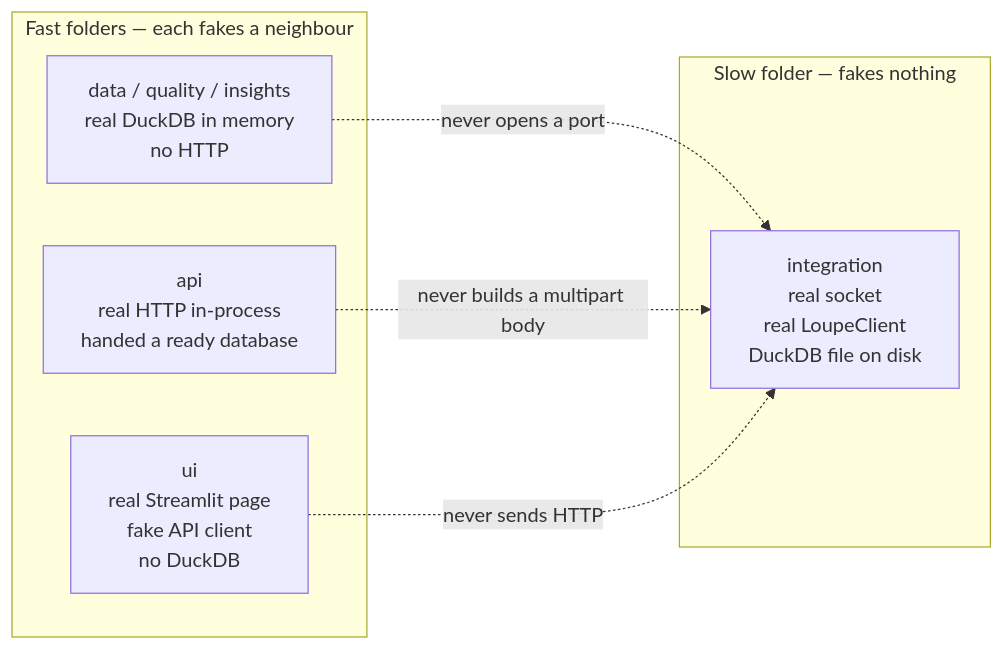
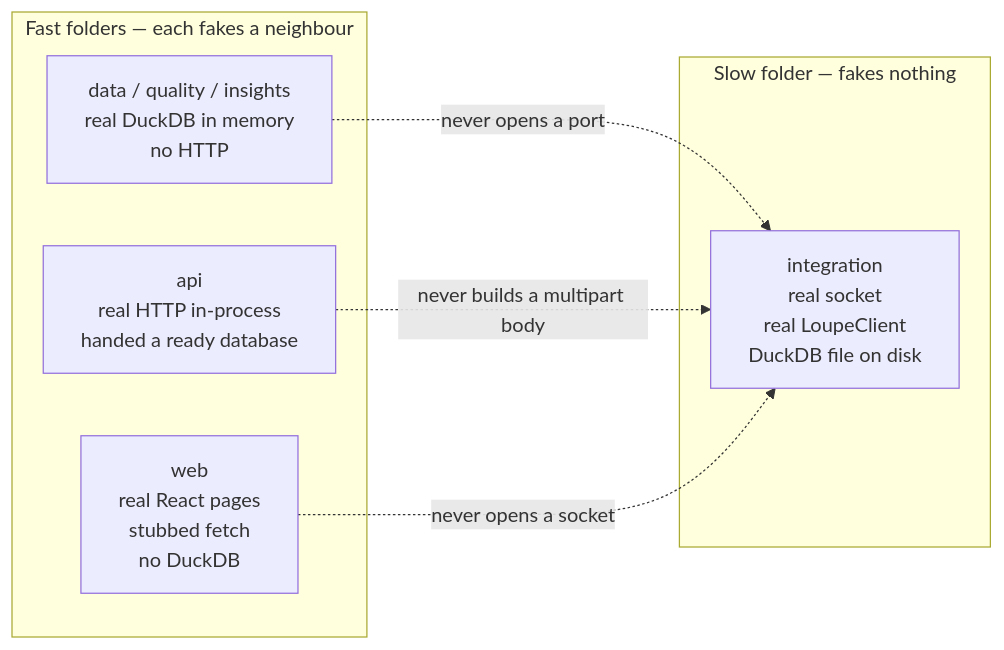
Before and after one commit to shu-y-codes/loupe: the second of 17 diagrams in docs/how-tests-work.md, drawn with Mermaid. The commit also changed other lines of this file and 80 other files, not shown here.

````diff
--- a/docs/how-tests-work.md
+++ b/docs/how-tests-work.md
@@ -101,16 +101,16 @@
 ```mermaid
 flowchart LR
   subgraph fast [Fast folders — each fakes a neighbour]
     DATA["data / quality / insights<br/>real DuckDB in memory<br/>no HTTP"]
     API["api<br/>real HTTP in-process<br/>handed a ready database"]
-    UI["ui<br/>real Streamlit page<br/>fake API client<br/>no DuckDB"]
+    UI["web<br/>real React pages<br/>stubbed fetch<br/>no DuckDB"]
   end
 
   subgraph slow [Slow folder — fakes nothing]
     INT["integration<br/>real socket<br/>real LoupeClient<br/>DuckDB file on disk"]
   end
 
   DATA -. "never opens a port" .-> INT
   API -. "never builds a multipart body" .-> INT
-  UI -. "never sends HTTP" .-> INT
+  UI -. "never opens a socket" .-> INT
 ```
````
